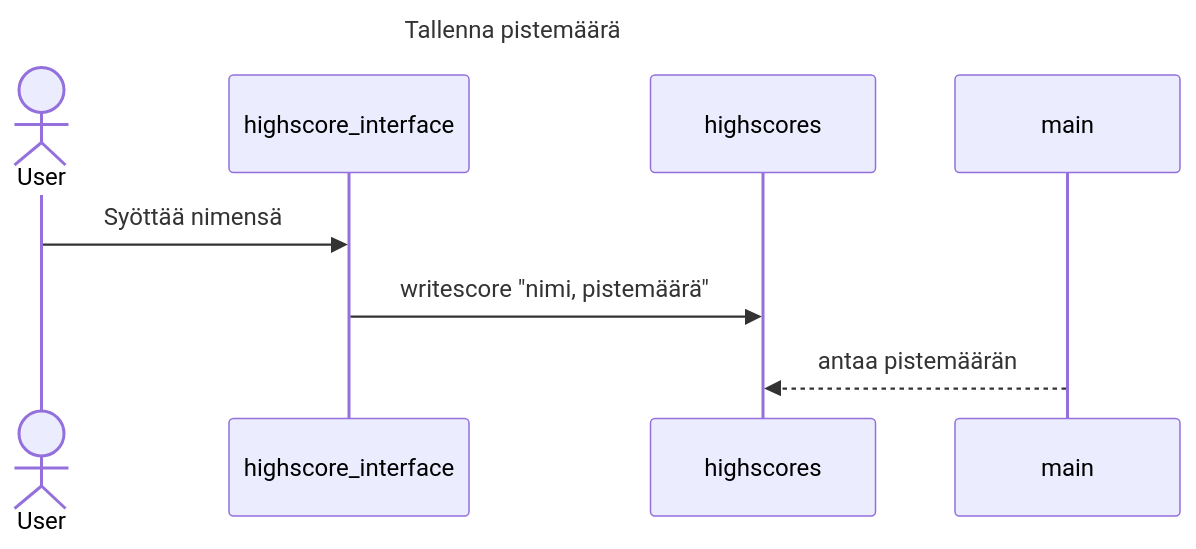
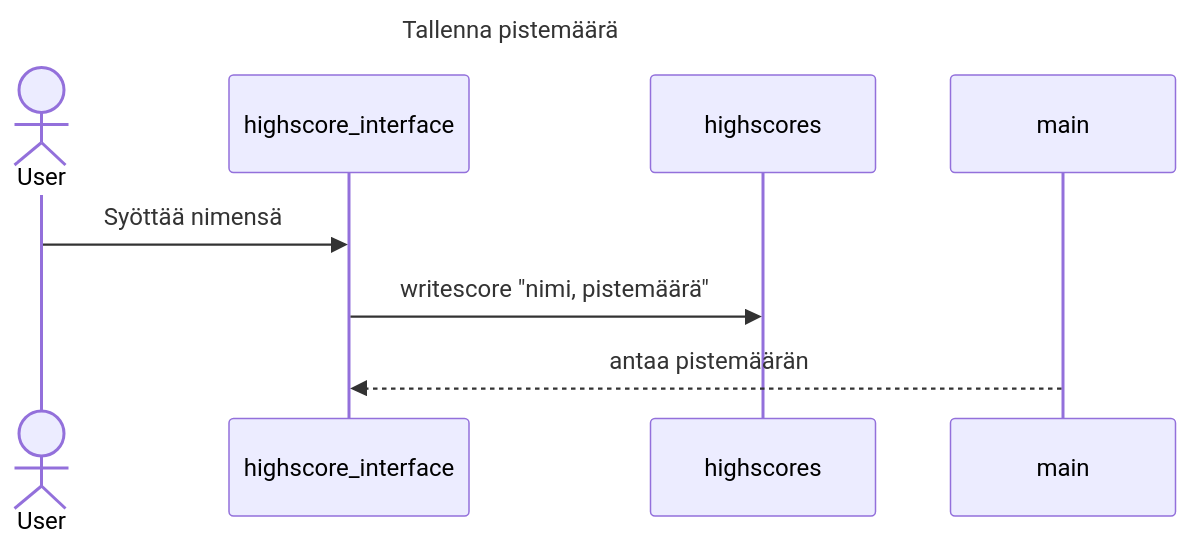
One commit to tkhnhy/ot-harjoitustyo changed the fourth of 4 diagrams in dokumentaatio/arkkitehtuuri.md. Above: the diagram before and after it, drawn with Mermaid.

Commit message:
dokumentaatio

````diff
--- a/dokumentaatio/arkkitehtuuri.md
+++ b/dokumentaatio/arkkitehtuuri.md
@@ -85,13 +85,13 @@
 ```mermaid
 sequenceDiagram
 title Tallenna pistemäärä
 
 actor User
 participant highscore_interface
 participant highscores
 participant main
 
 User->>highscore_interface: Syöttää nimensä
 highscore_interface->>highscores: writescore "nimi, pistemäärä"
-main -->> highscores: antaa pistemäärän
+main -->> highscore_interface: antaa pistemäärän
 ```
````
